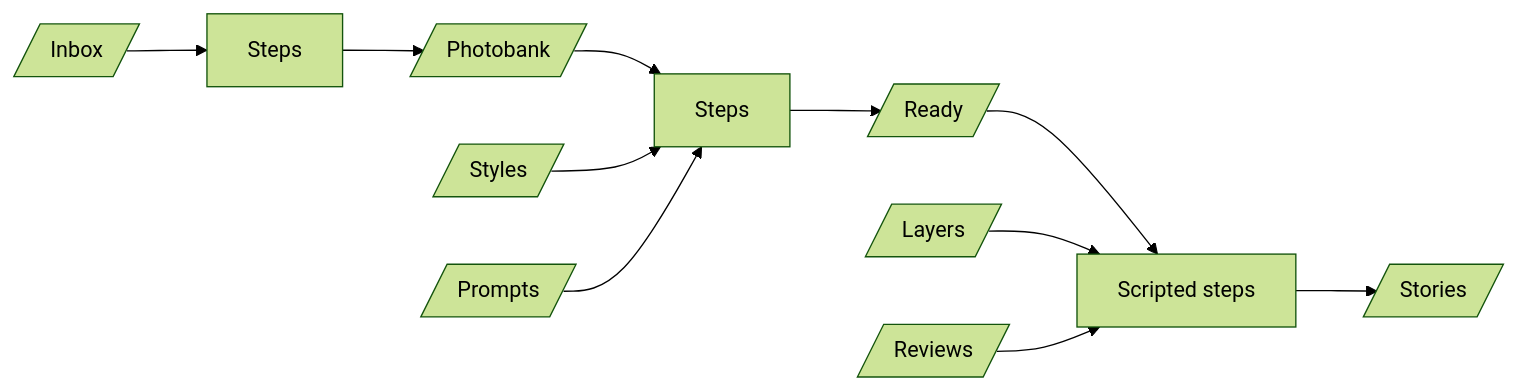
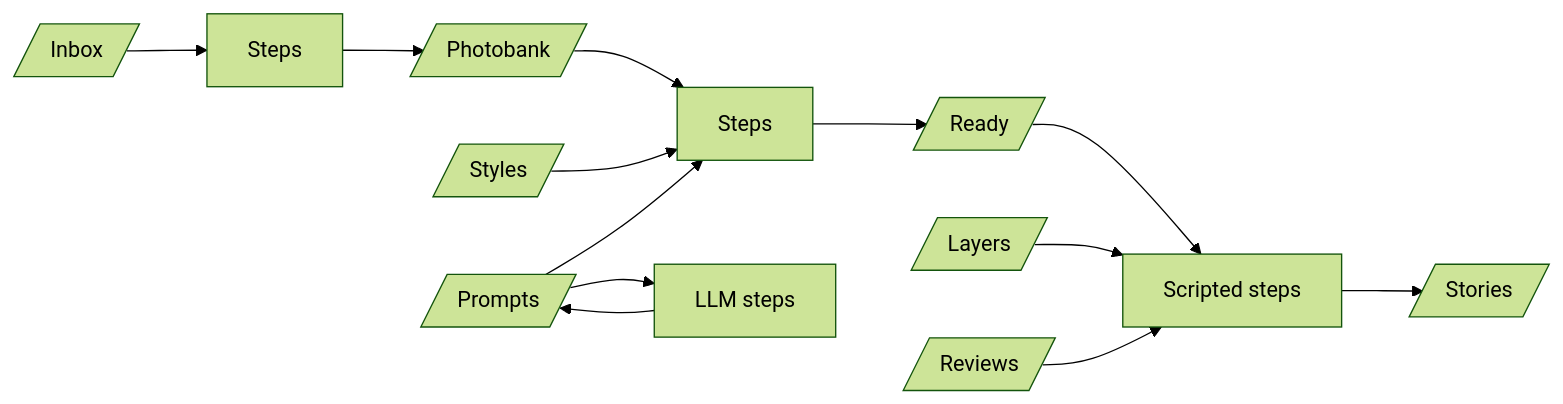
One commit to losnikitos/rocketbox changed the diagram in AGENTS.md. Above: the diagram before and after it, drawn with Mermaid (forest theme). The commit also changed other lines of this file and 56 other files, not shown here.

Commit message:
Prompts and reviews become first-class workflow items: folders gain a kind, step runs take and make polymorphic items over typed edges, and a new LLM step writes one prompt from the prompts fed to it.

````diff
--- a/AGENTS.md
+++ b/AGENTS.md
@@ -31,8 +31,9 @@
 ```mermaid
 flowchart LR
  Inbox[/Inbox/] --> InboxSteps[Steps] --> Photobank[/Photobank/] --> Steps --> Ready[/Ready/] --> Scripted[Scripted steps] --> Stories[/Stories/]
  Styles[/Styles/] --> Steps
  Prompts[/Prompts/] --> Steps
+ Prompts --> LLM[LLM steps] --> Prompts
  Layers[/Layers/] --> Scripted
  Reviews[/Reviews/] --> Scripted
 ```
````
